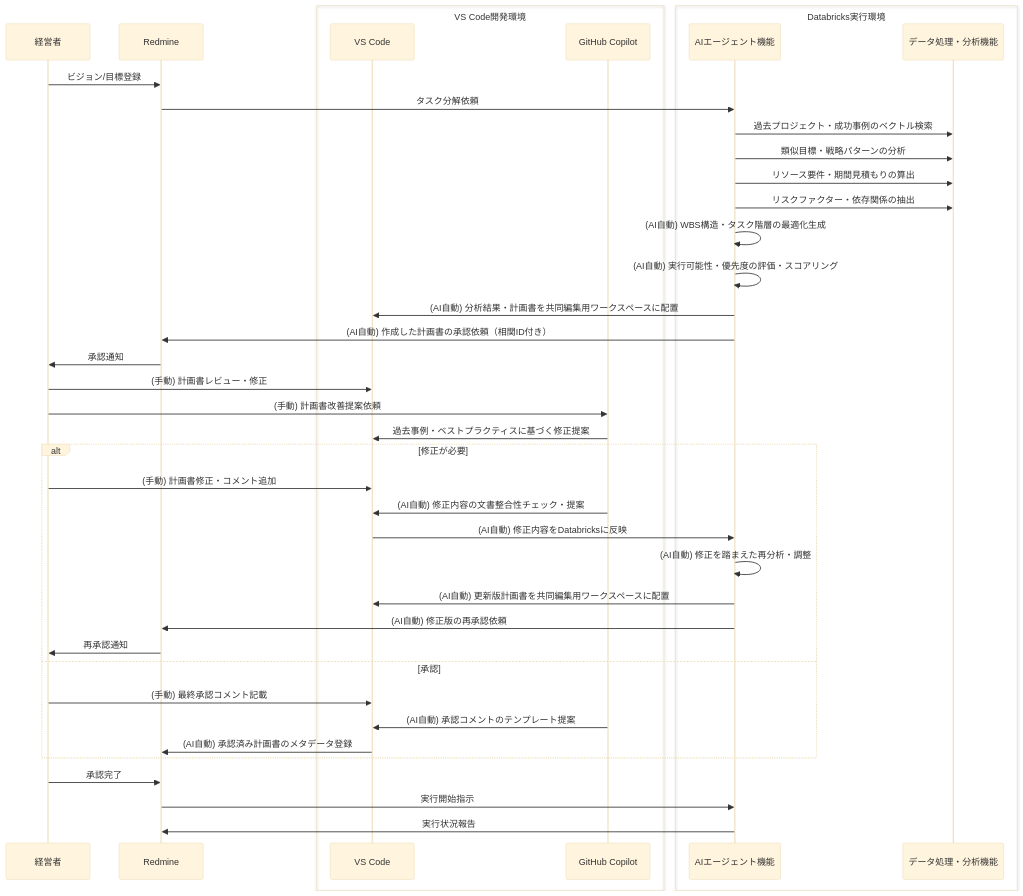
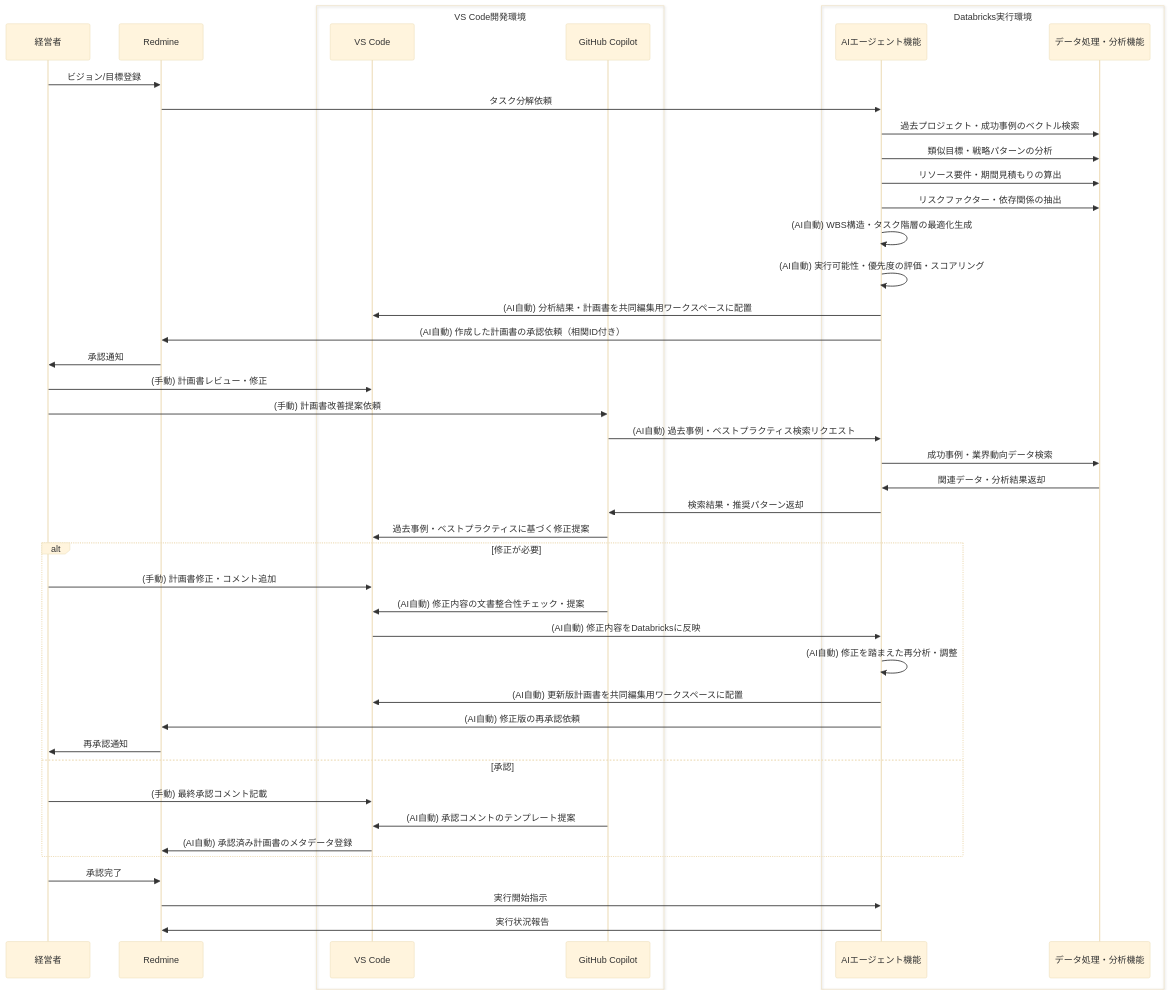
The fifth of 34 diagrams in docs/02000_要件定義/02100_要件定義書.md (daichiTAAA/AgentOpsPlatform), drawn with Mermaid (base theme) before and after one commit. The commit also changed other lines of this file, not shown here.

````diff
--- a/docs/02000_要件定義/02100_要件定義書.md
+++ b/docs/02000_要件定義/02100_要件定義書.md
@@ -154,46 +162,50 @@
 ```mermaid
 sequenceDiagram
     participant E as 経営者
     participant R as Redmine
     
     box VS Code開発環境
         participant V as VS Code
         participant C as GitHub Copilot
     end
     
     box Databricks実行環境
         participant A as AIエージェント機能
         participant D as データ処理・分析機能
     end
     
     E->>R: ビジョン/目標登録
     R->>A: タスク分解依頼
     A->>D: 過去プロジェクト・成功事例のベクトル検索
     A->>D: 類似目標・戦略パターンの分析
     A->>D: リソース要件・期間見積もりの算出
     A->>D: リスクファクター・依存関係の抽出
     A->>A: (AI自動) WBS構造・タスク階層の最適化生成
     A->>A: (AI自動) 実行可能性・優先度の評価・スコアリング
     A->>V: (AI自動) 分析結果・計画書を共同編集用ワークスペースに配置
     A->>R: (AI自動) 作成した計画書の承認依頼（相関ID付き）
     R->>E: 承認通知
     E->>V: (手動) 計画書レビュー・修正
     E->>C: (手動) 計画書改善提案依頼
+    C->>A: (AI自動) 過去事例・ベストプラクティス検索リクエスト
+    A->>D: 成功事例・業界動向データ検索
+    D->>A: 関連データ・分析結果返却
+    A->>C: 検索結果・推奨パターン返却
     C->>V: 過去事例・ベストプラクティスに基づく修正提案
     alt 修正が必要
         E->>V: (手動) 計画書修正・コメント追加
         C->>V: (AI自動) 修正内容の文書整合性チェック・提案
         V->>A: (AI自動) 修正内容をDatabricksに反映
         A->>A: (AI自動) 修正を踏まえた再分析・調整
         A->>V: (AI自動) 更新版計画書を共同編集用ワークスペースに配置
         A->>R: (AI自動) 修正版の再承認依頼
         R->>E: 再承認通知
     else 承認
         E->>V: (手動) 最終承認コメント記載
         C->>V: (AI自動) 承認コメントのテンプレート提案
         V->>R: (AI自動) 承認済み計画書のメタデータ登録
     end
     E->>R: 承認完了
     R->>A: 実行開始指示
     A->>R: 実行状況報告
 ```
````
